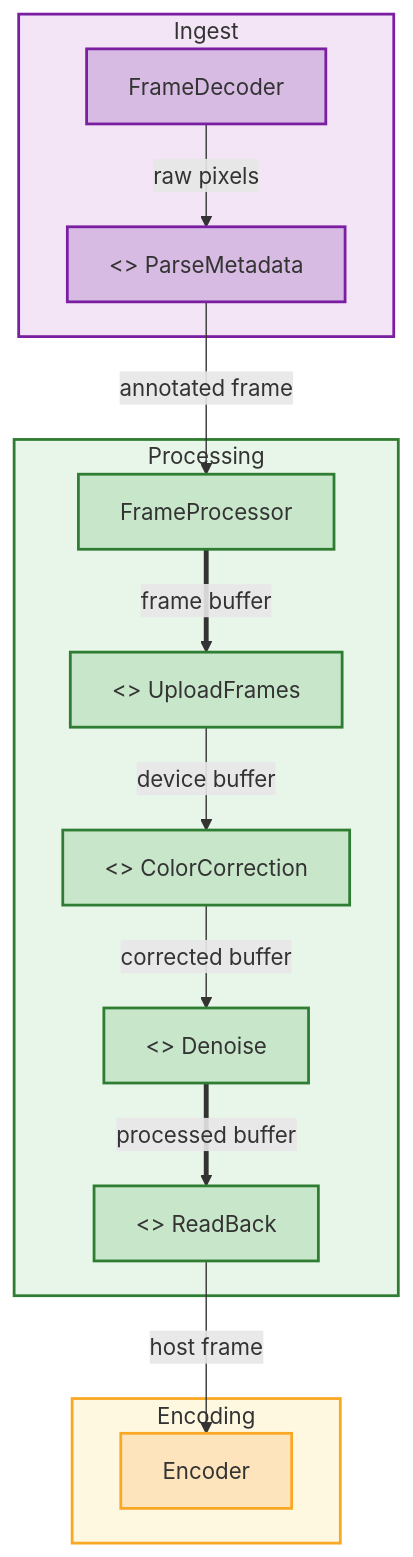
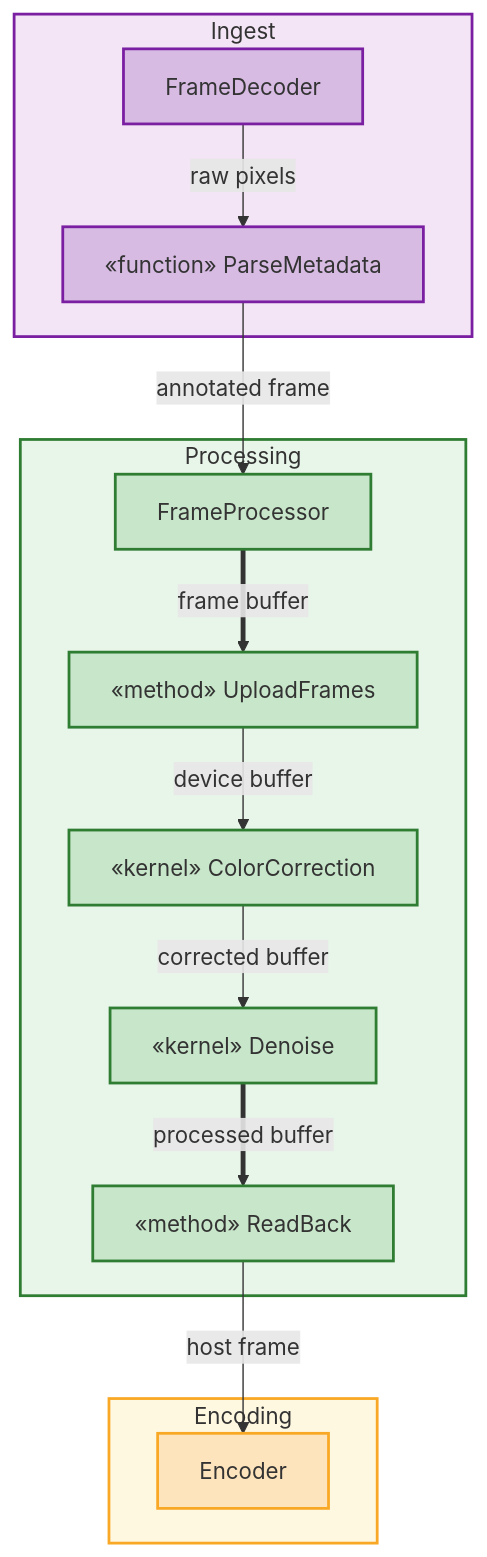
Before and after one commit to dichodaemon/folio: the fourth of 4 diagrams in standards/visual-vocabulary_standards.md, drawn with Mermaid. The commit also changed other lines of this file, not shown here.

````diff
--- a/standards/visual-vocabulary_standards.md
+++ b/standards/visual-vocabulary_standards.md
@@ -288,34 +288,34 @@
 ```mermaid
 graph TD
     subgraph ingest_group [Ingest]
         FrameDecoder[FrameDecoder]:::ingest
-        ParseMetadata["<<function>> ParseMetadata"]:::ingest
+        ParseMetadata["«function» ParseMetadata"]:::ingest
     end
 
     subgraph processing_group [Processing]
         FrameProcessor[FrameProcessor]:::processing
-        UploadFrames["<<method>> UploadFrames"]:::processing
-        ColorCorrection["<<kernel>> ColorCorrection"]:::processing
-        Denoise["<<kernel>> Denoise"]:::processing
-        ReadBack["<<method>> ReadBack"]:::processing
+        UploadFrames["«method» UploadFrames"]:::processing
+        ColorCorrection["«kernel» ColorCorrection"]:::processing
+        Denoise["«kernel» Denoise"]:::processing
+        ReadBack["«method» ReadBack"]:::processing
     end
 
     subgraph encoding_group [Encoding]
         Encoder[Encoder]:::encoding
     end
 
     FrameDecoder -->|raw pixels| ParseMetadata
     ParseMetadata -->|annotated frame| FrameProcessor
     FrameProcessor ==>|frame buffer| UploadFrames
     UploadFrames -->|device buffer| ColorCorrection
     ColorCorrection -->|corrected buffer| Denoise
     Denoise ==>|processed buffer| ReadBack
     ReadBack -->|host frame| Encoder
 
     classDef ingest fill:#d7bbe3,stroke:#7b1fa2,stroke-width:2px
     classDef processing fill:#c8e6c9,stroke:#2e7d32,stroke-width:2px
     classDef encoding fill:#fde4bd,stroke:#f9a825,stroke-width:2px
     style ingest_group fill:#f3e5f5,stroke:#7b1fa2,stroke-width:2px
     style processing_group fill:#e8f5e9,stroke:#2e7d32,stroke-width:2px
     style encoding_group fill:#fff8e1,stroke:#f9a825,stroke-width:2px
 ```
````
